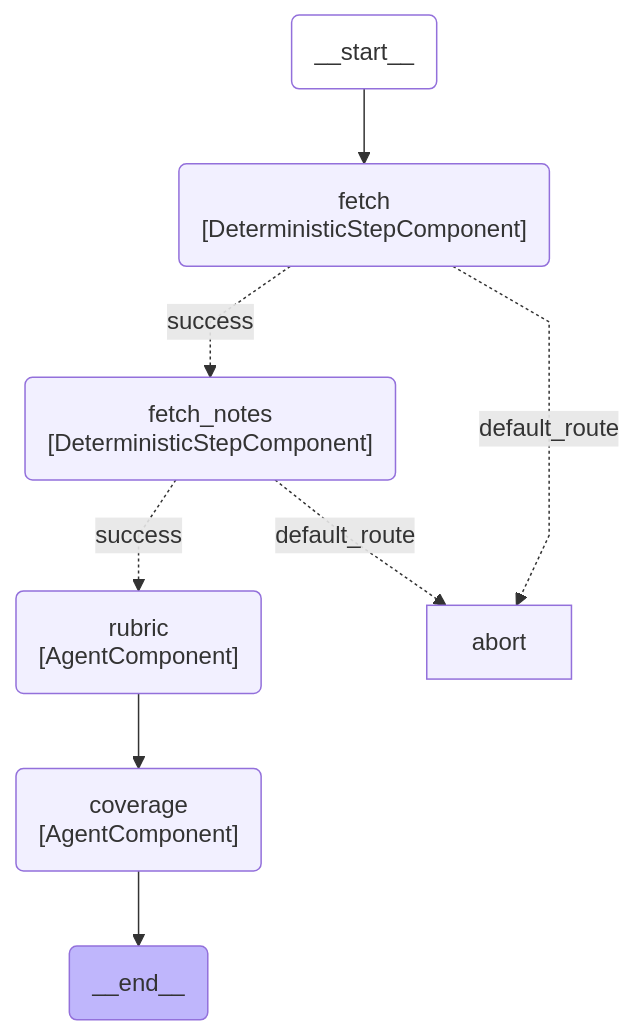
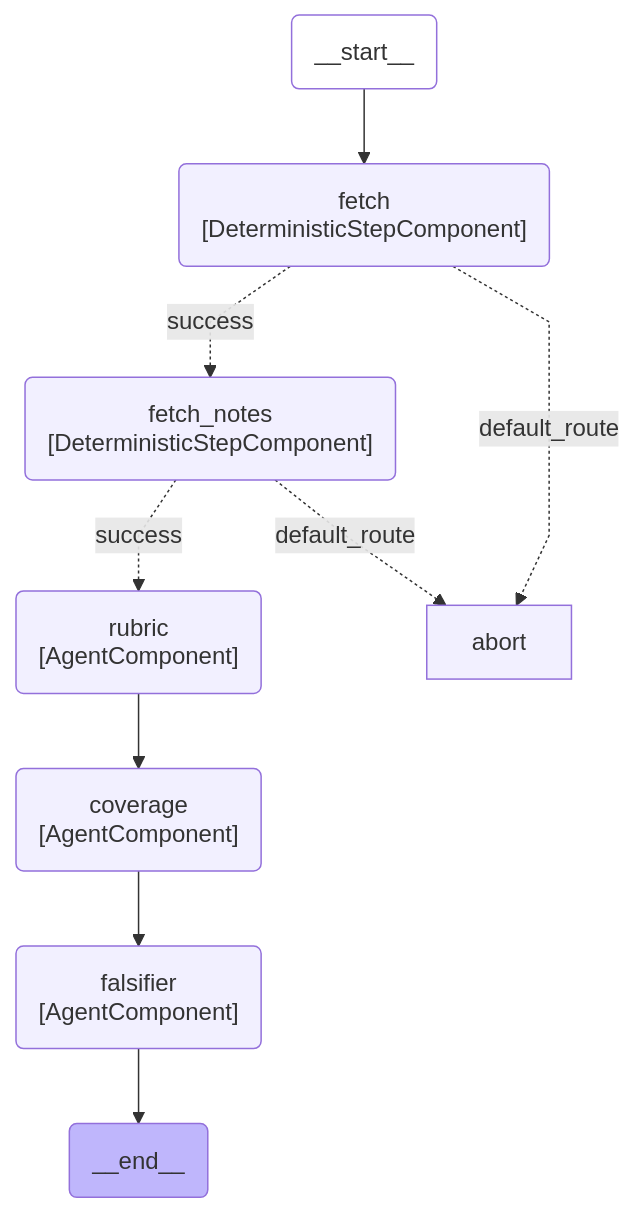
Diagram 35 of 46 in docs/duo_workflow_service_graphs.md (movax01h/ai-gateway), drawn with Mermaid before and after one commit. The commit also changed 2 other files, not shown here.

Commit message:
feat(duo-workflow): add falsifier evaluator to readiness score flow

````diff
--- a/docs/duo_workflow_service_graphs.md
+++ b/docs/duo_workflow_service_graphs.md
@@ -1060,24 +1060,26 @@
 ```mermaid
 ---
 config:
     flowchart:
         curve: linear
 ---
 graph TD;
     __start__(__start__):::first;
     __end__(__end__):::last;
     __start__ --> fetch;
     fetch(fetch<br>#91;DeterministicStepComponent#93;);
     fetch_notes(fetch_notes<br>#91;DeterministicStepComponent#93;);
     rubric(rubric<br>#91;AgentComponent#93;);
     coverage(coverage<br>#91;AgentComponent#93;);
+    falsifier(falsifier<br>#91;AgentComponent#93;);
     fetch -.->|success| fetch_notes;
     fetch -.->|default_route| abort;
     fetch_notes -.->|success| rubric;
     fetch_notes -.->|default_route| abort;
     rubric --> coverage;
-    coverage --> __end__;
+    coverage --> falsifier;
+    falsifier --> __end__;
     classDef default fill:#f2f0ff,line-height:1.2;
     classDef first fill-opacity:0;
     classDef last fill:#bfb6fc;
 ```
````
